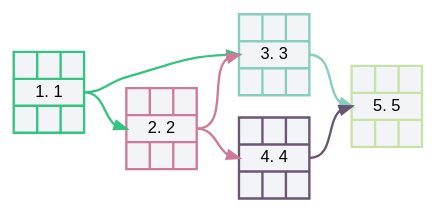
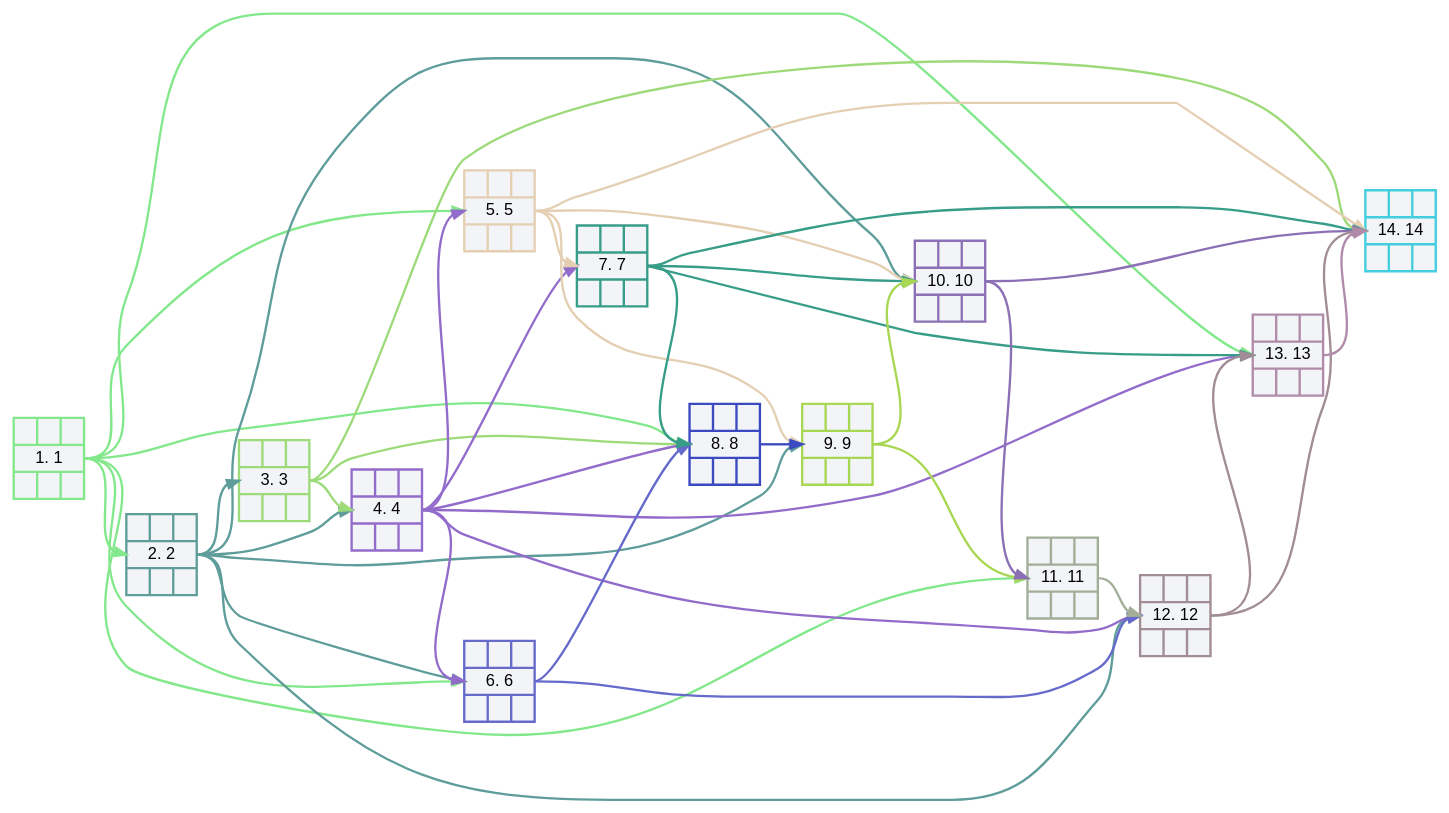
Before and after one commit to DVin-programmer/networkGraphics: the diagram in files/NetworkGraph01.gv, drawn with Graphviz. The commit also changed 12 other files, not shown here.

```diff
--- a/files/NetworkGraph01.gv
+++ b/files/NetworkGraph01.gv
@@ -1,21 +1,64 @@
         digraph NetworkGraph01
         {
            //graph [charset = "utf8"]
            rankdir = LR
            layout = dot
            splines = spline
            node [style = "filled, bold", fillcolor = "#f2f4f7", fontname = "Arial"]
            edge [penwidth = 2]
-           v1 [fontname = "Arial",color = "#34c381", shape = record, label = "{  |  |  } |  <mI1> 1. 1 | { |  |  }"]
-   v2 [fontname = "Arial",color = "#d07a9a", shape = record, label = "{  |  |  } |  <mI2> 2. 2 | { |  |  }"]
-   v3 [fontname = "Arial",color = "#86cebe", shape = record, label = "{  |  |  } |  <mI3> 3. 3 | { |  |  }"]
-   v4 [fontname = "Arial",color = "#695671", shape = record, label = "{  |  |  } |  <mI4> 4. 4 | { |  |  }"]
-   v5 [fontname = "Arial",color = "#c8e1a6", shape = record, label = "{  |  |  } |  <mI5> 5. 5 | { |  |  }"]
-   v1:<mI1> -> v2:<mI2> [color = "#34c381"]
-   v2:<mI2> -> v3:<mI3> [color = "#d07a9a"]
-   v1:<mI1> -> v3:<mI3> [color = "#34c381"]
-   v2:<mI2> -> v4:<mI4> [color = "#d07a9a"]
-   v3:<mI3> -> v5:<mI5> [color = "#86cebe"]
-   v4:<mI4> -> v5:<mI5> [color = "#695671"]
+           v1 [fontname = "Arial",color = "#82e88b", shape = record, label = "{  |  |  } |  <mI1> 1. 1 | { |  |  }"]
+   v2 [fontname = "Arial",color = "#5f9d9a", shape = record, label = "{  |  |  } |  <mI2> 2. 2 | { |  |  }"]
+   v3 [fontname = "Arial",color = "#9dda79", shape = record, label = "{  |  |  } |  <mI3> 3. 3 | { |  |  }"]
+   v4 [fontname = "Arial",color = "#936ccb", shape = record, label = "{  |  |  } |  <mI4> 4. 4 | { |  |  }"]
+   v5 [fontname = "Arial",color = "#e4cfb3", shape = record, label = "{  |  |  } |  <mI5> 5. 5 | { |  |  }"]
+   v6 [fontname = "Arial",color = "#656acb", shape = record, label = "{  |  |  } |  <mI6> 6. 6 | { |  |  }"]
+   v7 [fontname = "Arial",color = "#379d89", shape = record, label = "{  |  |  } |  <mI7> 7. 7 | { |  |  }"]
+   v8 [fontname = "Arial",color = "#3b4ac1", shape = record, label = "{  |  |  } |  <mI8> 8. 8 | { |  |  }"]
+   v9 [fontname = "Arial",color = "#a8d753", shape = record, label = "{  |  |  } |  <mI9> 9. 9 | { |  |  }"]
+   v10 [fontname = "Arial",color = "#8c70b5", shape = record, label = "{  |  |  } |  <mI10> 10. 10 | { |  |  }"]
+   v11 [fontname = "Arial",color = "#a3ae99", shape = record, label = "{  |  |  } |  <mI11> 11. 11 | { |  |  }"]
+   v12 [fontname = "Arial",color = "#a18d95", shape = record, label = "{  |  |  } |  <mI12> 12. 12 | { |  |  }"]
+   v13 [fontname = "Arial",color = "#b08baa", shape = record, label = "{  |  |  } |  <mI13> 13. 13 | { |  |  }"]
+   v14 [fontname = "Arial",color = "#42cedd", shape = record, label = "{  |  |  } |  <mI14> 14. 14 | { |  |  }"]
+   v7:<mI7> -> v10:<mI10> [color = "#379d89"]
+   v9:<mI9> -> v10:<mI10> [color = "#a8d753"]
+   v9:<mI9> -> v11:<mI11> [color = "#a8d753"]
+   v7:<mI7> -> v14:<mI14> [color = "#379d89"]
+   v5:<mI5> -> v14:<mI14> [color = "#e4cfb3"]
+   v4:<mI4> -> v12:<mI12> [color = "#936ccb"]
+   v2:<mI2> -> v10:<mI10> [color = "#5f9d9a"]
+   v5:<mI5> -> v10:<mI10> [color = "#e4cfb3"]
+   v6:<mI6> -> v12:<mI12> [color = "#656acb"]
+   v7:<mI7> -> v13:<mI13> [color = "#379d89"]
+   v2:<mI2> -> v12:<mI12> [color = "#5f9d9a"]
+   v1:<mI1> -> v11:<mI11> [color = "#82e88b"]
+   v1:<mI1> -> v13:<mI13> [color = "#82e88b"]
+   v3:<mI3> -> v14:<mI14> [color = "#9dda79"]
+   v4:<mI4> -> v13:<mI13> [color = "#936ccb"]
+   v1:<mI1> -> v2:<mI2> [color = "#82e88b"]
+   v2:<mI2> -> v3:<mI3> [color = "#5f9d9a"]
+   v2:<mI2> -> v4:<mI4> [color = "#5f9d9a"]
+   v3:<mI3> -> v4:<mI4> [color = "#9dda79"]
+   v4:<mI4> -> v5:<mI5> [color = "#936ccb"]
+   v1:<mI1> -> v5:<mI5> [color = "#82e88b"]
+   v4:<mI4> -> v6:<mI6> [color = "#936ccb"]
+   v1:<mI1> -> v6:<mI6> [color = "#82e88b"]
+   v2:<mI2> -> v6:<mI6> [color = "#5f9d9a"]
+   v4:<mI4> -> v7:<mI7> [color = "#936ccb"]
+   v5:<mI5> -> v7:<mI7> [color = "#e4cfb3"]
+   v3:<mI3> -> v8:<mI8> [color = "#9dda79"]
+   v4:<mI4> -> v8:<mI8> [color = "#936ccb"]
+   v6:<mI6> -> v8:<mI8> [color = "#656acb"]
+   v7:<mI7> -> v8:<mI8> [color = "#379d89"]
+   v1:<mI1> -> v8:<mI8> [color = "#82e88b"]
+   v5:<mI5> -> v9:<mI9> [color = "#e4cfb3"]
+   v8:<mI8> -> v9:<mI9> [color = "#3b4ac1"]
+   v2:<mI2> -> v9:<mI9> [color = "#5f9d9a"]
+   v10:<mI10> -> v11:<mI11> [color = "#8c70b5"]
+   v11:<mI11> -> v12:<mI12> [color = "#a3ae99"]
+   v12:<mI12> -> v13:<mI13> [color = "#a18d95"]
+   v13:<mI13> -> v14:<mI14> [color = "#b08baa"]
+   v12:<mI12> -> v14:<mI14> [color = "#a18d95"]
+   v10:<mI10> -> v14:<mI14> [color = "#8c70b5"]
 
 }
```
